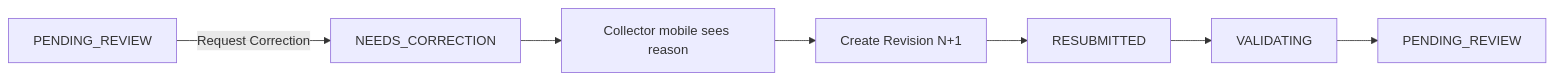
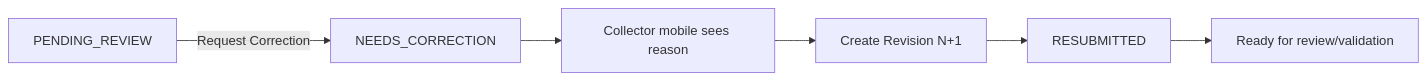
The first of 2 diagrams in docs/REVIEW_AND_PUBLISHING_STRATEGY.md (UnbrokenMango21/watershed-water-quality-dashboard), drawn with Mermaid before and after one commit. The commit also changed other lines of this file, not shown here.

````diff
--- a/docs/REVIEW_AND_PUBLISHING_STRATEGY.md
+++ b/docs/REVIEW_AND_PUBLISHING_STRATEGY.md
@@ -79,9 +84,8 @@
 ```mermaid
 flowchart LR
     A[PENDING_REVIEW] -->|Request Correction| B[NEEDS_CORRECTION]
     B --> C[Collector mobile sees reason]
     C --> D[Create Revision N+1]
     D --> E[RESUBMITTED]
-    E --> F[VALIDATING]
-    F --> G[PENDING_REVIEW]
+    E --> F[Ready for review/validation]
 ```
````
